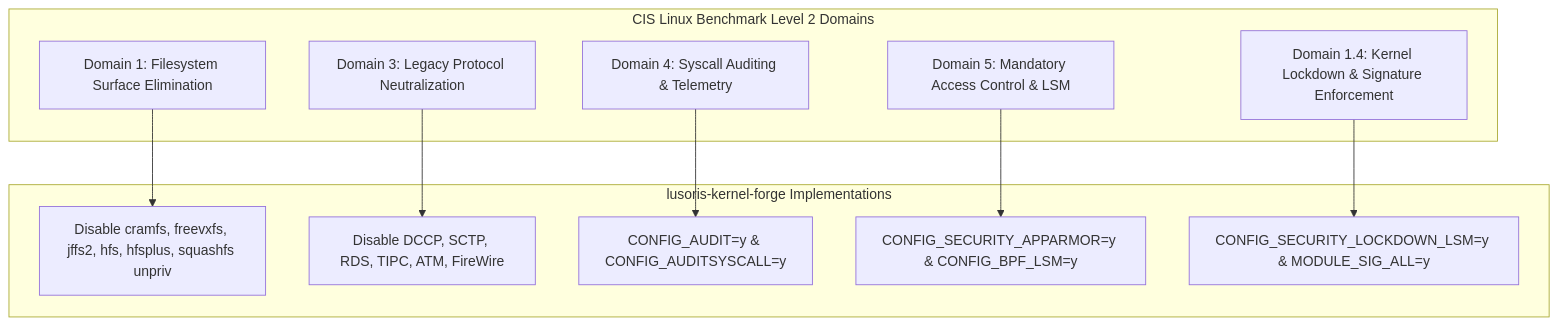
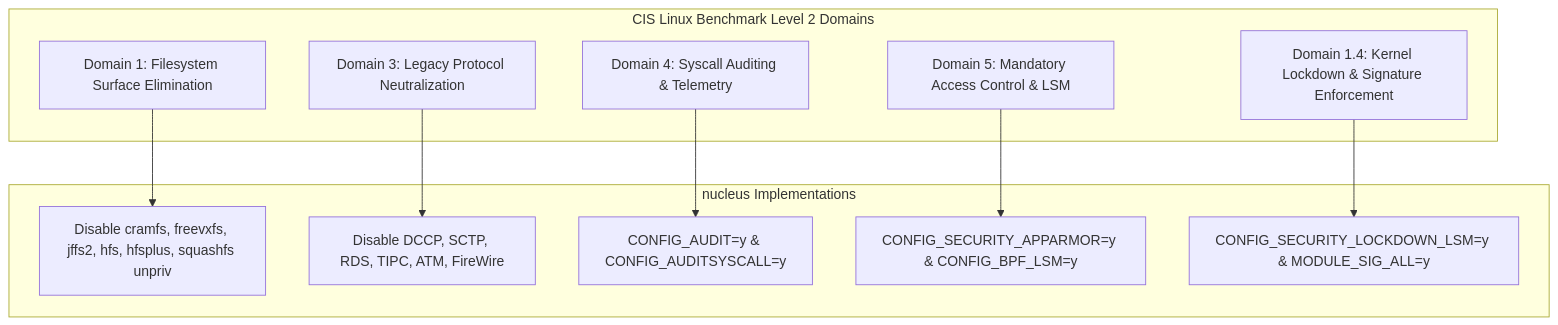
The diagram in docs/security/cis-l2.md (cordanaLLM/nucleus), drawn with Mermaid before and after one commit. The commit also changed other lines of this file and 57 other files, not shown here.

````diff
--- a/docs/security/cis-l2.md
+++ b/docs/security/cis-l2.md
@@ -15,24 +15,24 @@
 ```mermaid
 graph TD
     subgraph CIS_L2["CIS Linux Benchmark Level 2 Domains"]
         FS["Domain 1: Filesystem Surface Elimination"]
         NET["Domain 3: Legacy Protocol Neutralization"]
         AUDIT["Domain 4: Syscall Auditing & Telemetry"]
         MAC["Domain 5: Mandatory Access Control & LSM"]
         LOCK["Domain 1.4: Kernel Lockdown & Signature Enforcement"]
     end
 
-    subgraph KConfig["lusoris-kernel-forge Implementations"]
+    subgraph KConfig["nucleus Implementations"]
         FS_CFG["Disable cramfs, freevxfs, jffs2, hfs, hfsplus, squashfs unpriv"]
         NET_CFG["Disable DCCP, SCTP, RDS, TIPC, ATM, FireWire"]
         AUDIT_CFG["CONFIG_AUDIT=y & CONFIG_AUDITSYSCALL=y"]
         MAC_CFG["CONFIG_SECURITY_APPARMOR=y & CONFIG_BPF_LSM=y"]
         LOCK_CFG["CONFIG_SECURITY_LOCKDOWN_LSM=y & MODULE_SIG_ALL=y"]
     end
 
     FS --> FS_CFG
     NET --> NET_CFG
     AUDIT --> AUDIT_CFG
     MAC --> MAC_CFG
     LOCK --> LOCK_CFG
 ```
````
